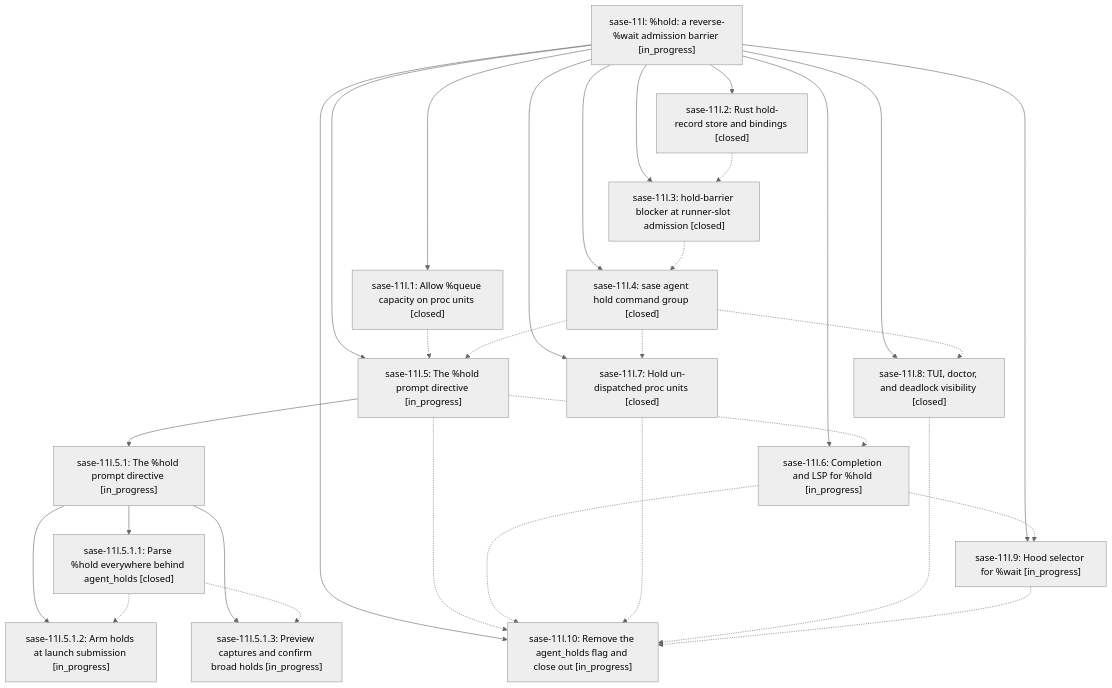
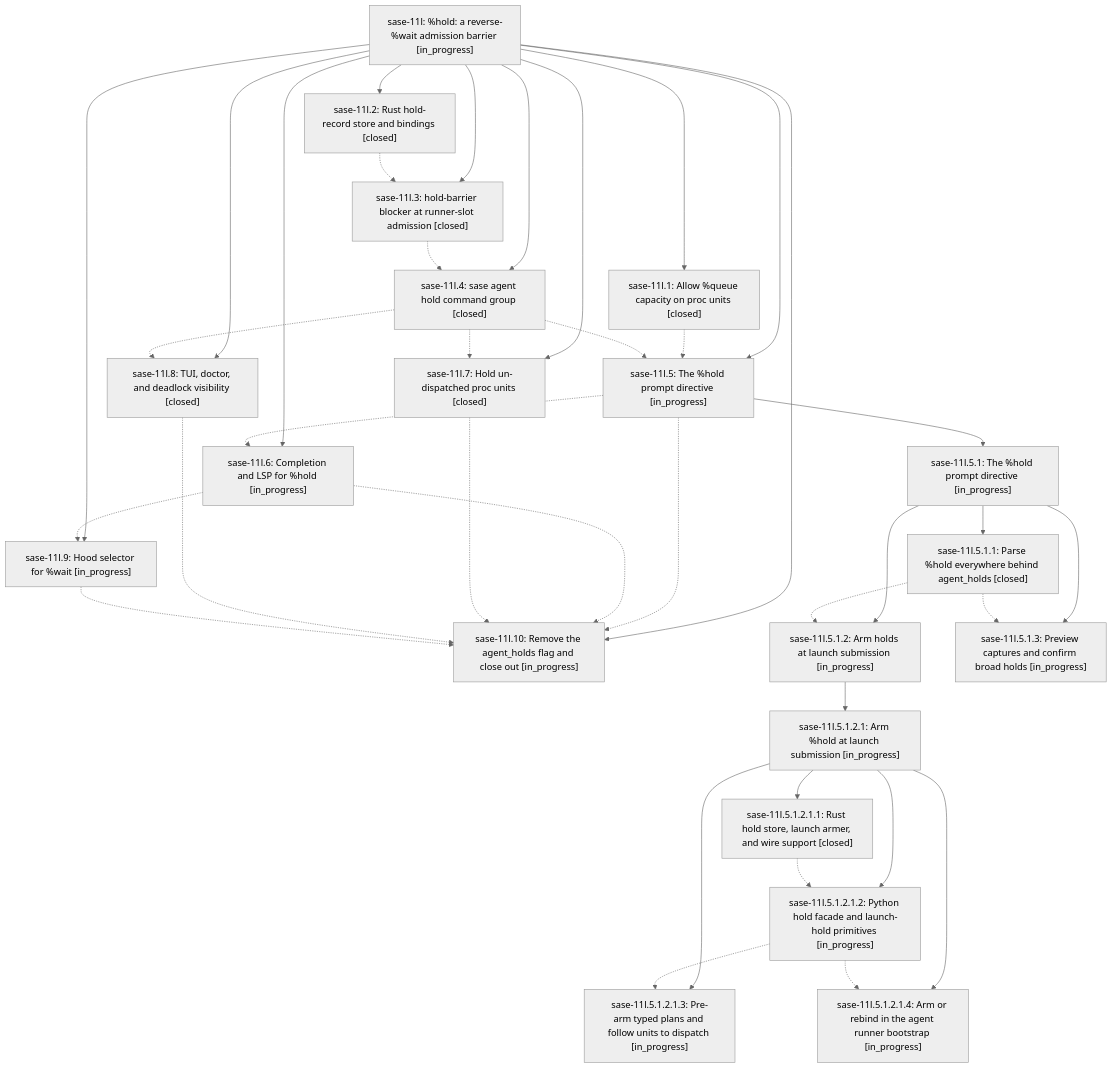
Before and after one commit to sase-org/sase--beads: the diagram in pages/sase-11l/README.md, drawn with Mermaid (neutral theme). The commit also changed other lines of this file and 6 other files, not shown here.

````diff
--- a/pages/sase-11l/README.md
+++ b/pages/sase-11l/README.md
@@ -43,47 +43,60 @@
 ```mermaid
 flowchart TD
     n0["sase-11l: %hold: a reverse-%wait admission barrier [in_progress]"]
     n1["sase-11l.1: Allow %queue capacity on proc units [closed]"]
     n2["sase-11l.10: Remove the agent_holds flag and close out [in_progress]"]
     n3["sase-11l.2: Rust hold-record store and bindings [closed]"]
     n4["sase-11l.3: hold-barrier blocker at runner-slot admission [closed]"]
     n5["sase-11l.4: sase agent hold command group [closed]"]
     n6["sase-11l.5: The %hold prompt directive [in_progress]"]
     n7["sase-11l.5.1: The %hold prompt directive [in_progress]"]
     n8["sase-11l.5.1.1: Parse %hold everywhere behind agent_holds [closed]"]
     n9["sase-11l.5.1.2: Arm holds at launch submission [in_progress]"]
-    n10["sase-11l.5.1.3: Preview captures and confirm broad holds [in_progress]"]
-    n11["sase-11l.6: Completion and LSP for %hold [in_progress]"]
-    n12["sase-11l.7: Hold un-dispatched proc units [closed]"]
-    n13["sase-11l.8: TUI, doctor, and deadlock visibility [closed]"]
-    n14["sase-11l.9: Hood selector for %wait [in_progress]"]
+    n10["sase-11l.5.1.2.1: Arm %hold at launch submission [in_progress]"]
+    n11["sase-11l.5.1.2.1.1: Rust hold store, launch armer, and wire support [closed]"]
+    n12["sase-11l.5.1.2.1.2: Python hold facade and launch-hold primitives [in_progress]"]
+    n13["sase-11l.5.1.2.1.3: Pre-arm typed plans and follow units to dispatch [in_progress]"]
+    n14["sase-11l.5.1.2.1.4: Arm or rebind in the agent runner bootstrap [in_progress]"]
+    n15["sase-11l.5.1.3: Preview captures and confirm broad holds [in_progress]"]
+    n16["sase-11l.6: Completion and LSP for %hold [in_progress]"]
+    n17["sase-11l.7: Hold un-dispatched proc units [closed]"]
+    n18["sase-11l.8: TUI, doctor, and deadlock visibility [closed]"]
+    n19["sase-11l.9: Hood selector for %wait [in_progress]"]
     n0 --> n1
     n0 --> n2
     n0 --> n3
     n0 --> n4
     n0 --> n5
     n0 --> n6
     n6 --> n7
     n7 --> n8
     n7 --> n9
-    n7 --> n10
-    n0 --> n11
-    n0 --> n12
-    n0 --> n13
-    n0 --> n14
+    n9 --> n10
+    n10 --> n11
+    n10 --> n12
+    n10 --> n13
+    n10 --> n14
+    n7 --> n15
+    n0 --> n16
+    n0 --> n17
+    n0 --> n18
+    n0 --> n19
     n1 -.-> n6
     n3 -.-> n4
     n4 -.-> n5
     n5 -.-> n6
-    n5 -.-> n12
-    n5 -.-> n13
+    n5 -.-> n17
+    n5 -.-> n18
     n6 -.-> n2
-    n6 -.-> n11
+    n6 -.-> n16
     n8 -.-> n9
-    n8 -.-> n10
-    n11 -.-> n2
-    n11 -.-> n14
-    n12 -.-> n2
-    n13 -.-> n2
-    n14 -.-> n2
+    n8 -.-> n15
+    n11 -.-> n12
+    n12 -.-> n13
+    n12 -.-> n14
+    n16 -.-> n2
+    n16 -.-> n19
+    n17 -.-> n2
+    n18 -.-> n2
+    n19 -.-> n2
 ```
````
